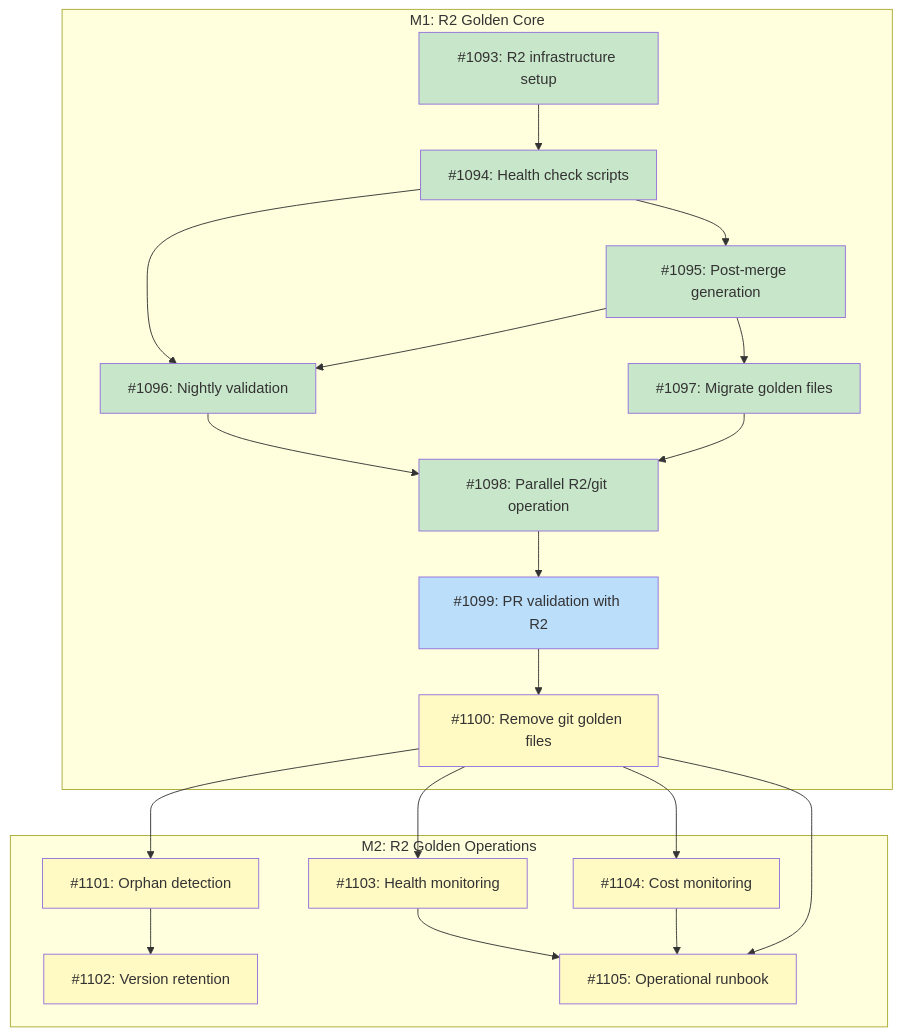
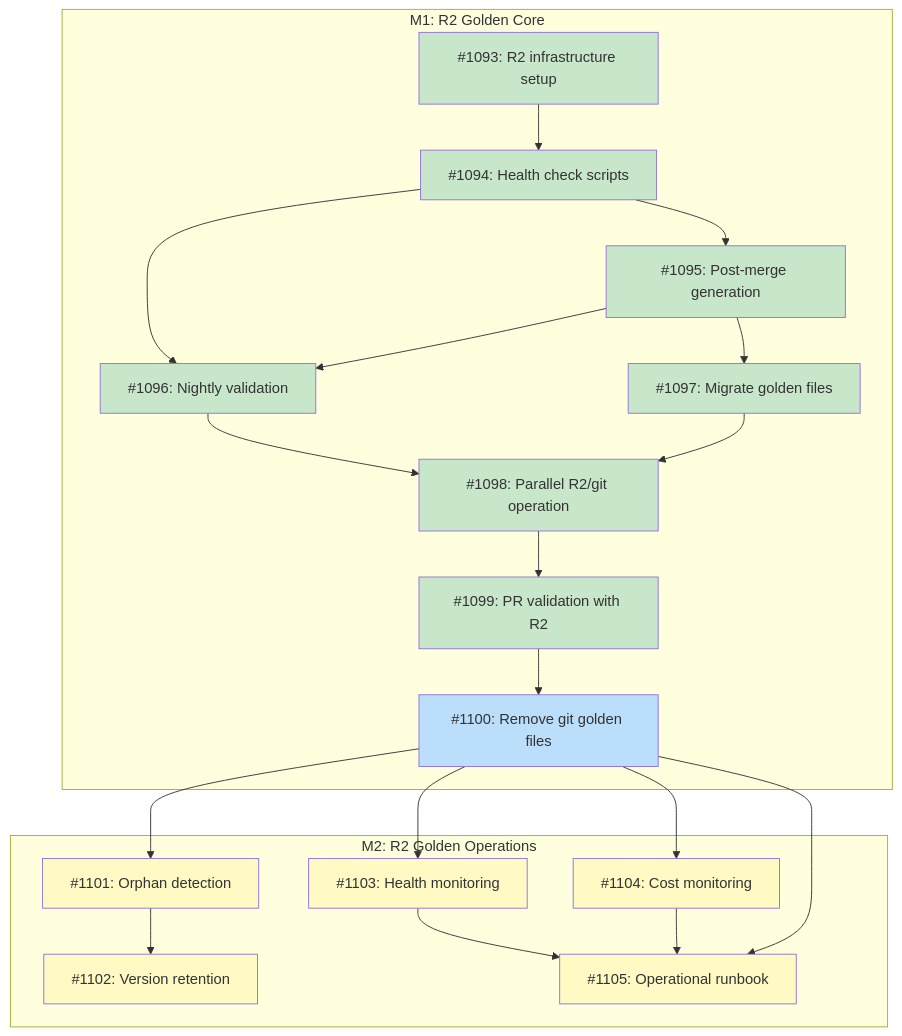
One commit to tsukumogami/tsuku changed the diagram in docs/designs/DESIGN-r2-golden-storage.md. Above: the diagram before and after it, drawn with Mermaid. The commit also changed 2 other files, not shown here.

Commit message:
ci: update PR validation to use R2 golden files for registry recipes (#1135)
Add R2 integration to PR validation workflows so registry recipes
validate against golden files stored in R2, while embedded recipes
continue using git-based validation.

Key changes:
- Add R2 health check jobs to both `validate-golden-recipes.yml` and
`validate-golden-execution.yml`
- Set `TSUKU_GOLDEN_SOURCE` based on recipe category and R2 availability
- Change execution workflow trigger from golden file paths to recipe
file paths for registry recipes (since those golden files are in R2, not
git)
- Add graceful degradation: when R2 is unavailable, skip registry
validation with warning rather than failing

````diff
--- a/docs/designs/DESIGN-r2-golden-storage.md
+++ b/docs/designs/DESIGN-r2-golden-storage.md
@@ -41,48 +41,47 @@
 ```mermaid
 graph TD
     subgraph M1["M1: R2 Golden Core"]
         I1093["#1093: R2 infrastructure setup"]
         I1094["#1094: Health check scripts"]
         I1095["#1095: Post-merge generation"]
         I1096["#1096: Nightly validation"]
         I1097["#1097: Migrate golden files"]
         I1098["#1098: Parallel R2/git operation"]
         I1099["#1099: PR validation with R2"]
         I1100["#1100: Remove git golden files"]
     end
 
     subgraph M2["M2: R2 Golden Operations"]
         I1101["#1101: Orphan detection"]
         I1102["#1102: Version retention"]
         I1103["#1103: Health monitoring"]
         I1104["#1104: Cost monitoring"]
         I1105["#1105: Operational runbook"]
     end
 
     I1093 --> I1094
     I1094 --> I1095
     I1094 --> I1096
     I1095 --> I1096
     I1095 --> I1097
     I1096 --> I1098
     I1097 --> I1098
     I1098 --> I1099
     I1099 --> I1100
     I1100 --> I1101
     I1101 --> I1102
     I1100 --> I1103
     I1100 --> I1104
     I1103 --> I1105
     I1104 --> I1105
     I1100 --> I1105
 
     classDef done fill:#c8e6c9
     classDef ready fill:#bbdefb
     classDef blocked fill:#fff9c4
     classDef needsDesign fill:#e1bee7
 
-    class I1093,I1094,I1095,I1096,I1097,I1098 done
-    class I1099 ready
-    class I1100 blocked
+    class I1093,I1094,I1095,I1096,I1097,I1098,I1099 done
+    class I1100 ready
     class I1101,I1102,I1103,I1104,I1105 blocked
 ```
````
